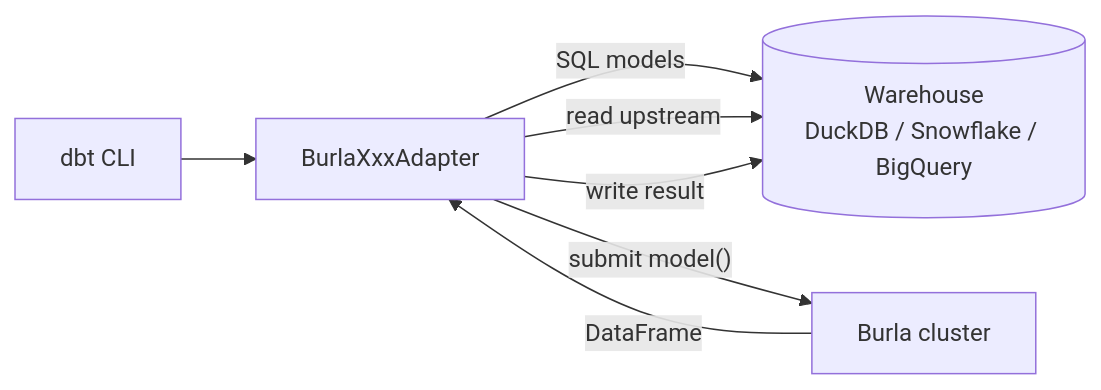
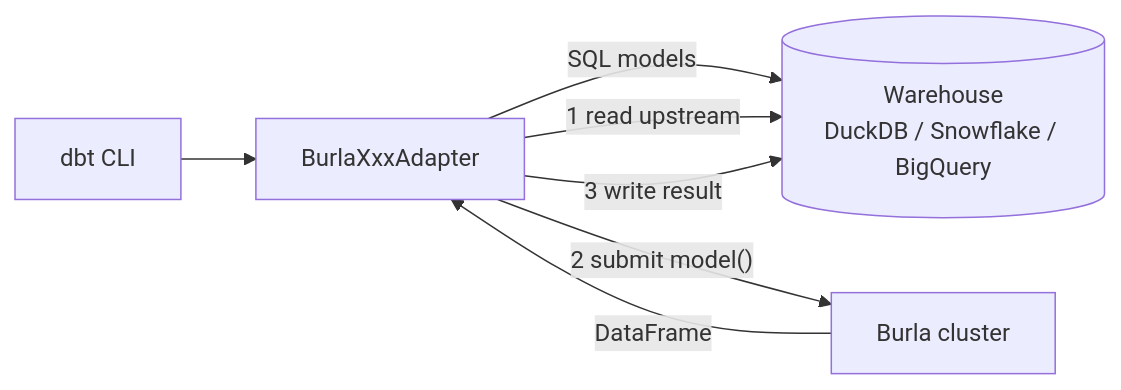
One commit to Burla-Cloud/dbt-burla changed the diagram in docs/index.md. Above: the diagram before and after it, drawn with Mermaid. The commit also changed other lines of this file and 8 other files, not shown here.

````diff
--- a/docs/index.md
+++ b/docs/index.md
@@ -123,14 +173,14 @@
 ```mermaid
 flowchart LR
     cli[dbt CLI]
     adapter[BurlaXxxAdapter]
     wh[(Warehouse<br/>DuckDB / Snowflake / BigQuery)]
     burla[Burla cluster]
 
     cli --> adapter
     adapter -- SQL models --> wh
-    adapter -- "read upstream" --> wh
-    adapter -- "submit model()" --> burla
+    adapter -- "1 read upstream" --> wh
+    adapter -- "2 submit model()" --> burla
     burla -- DataFrame --> adapter
-    adapter -- "write result" --> wh
+    adapter -- "3 write result" --> wh
 ```
````
